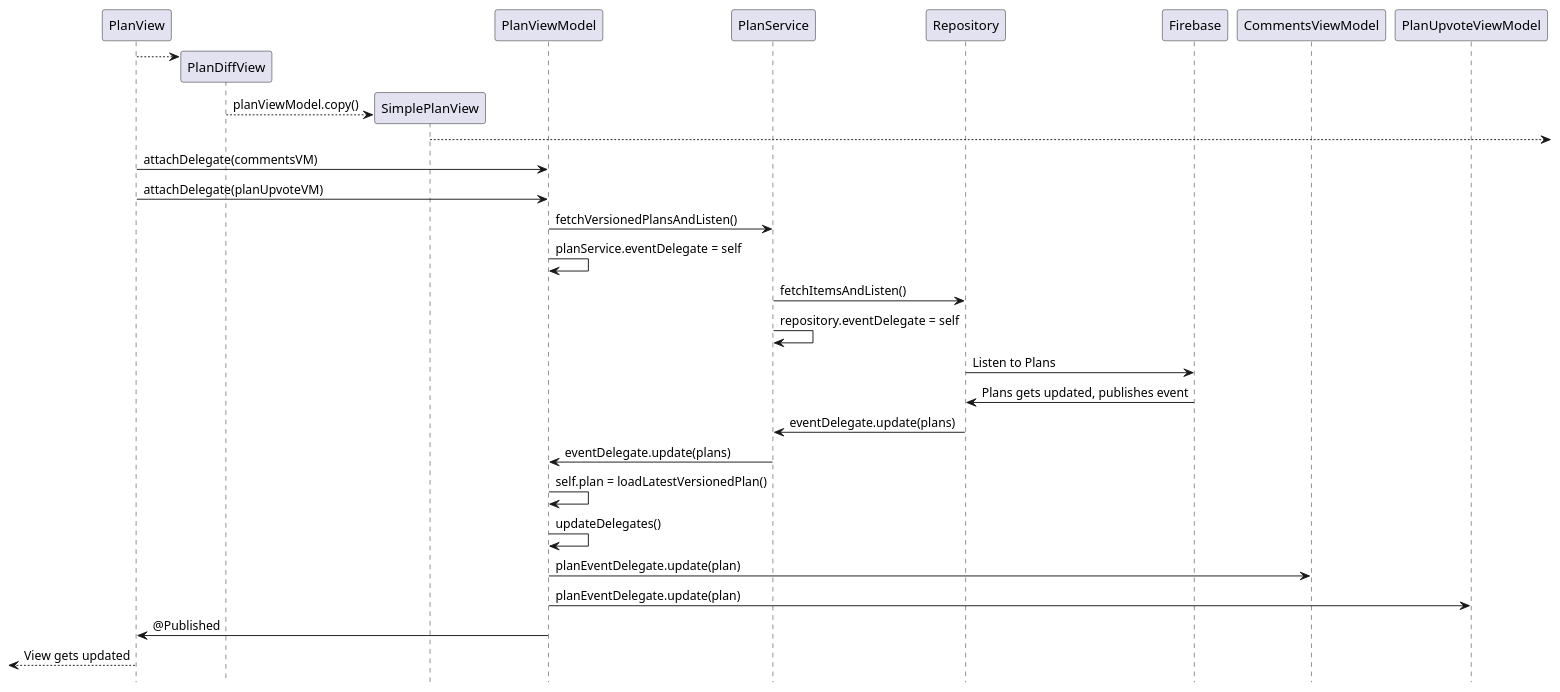
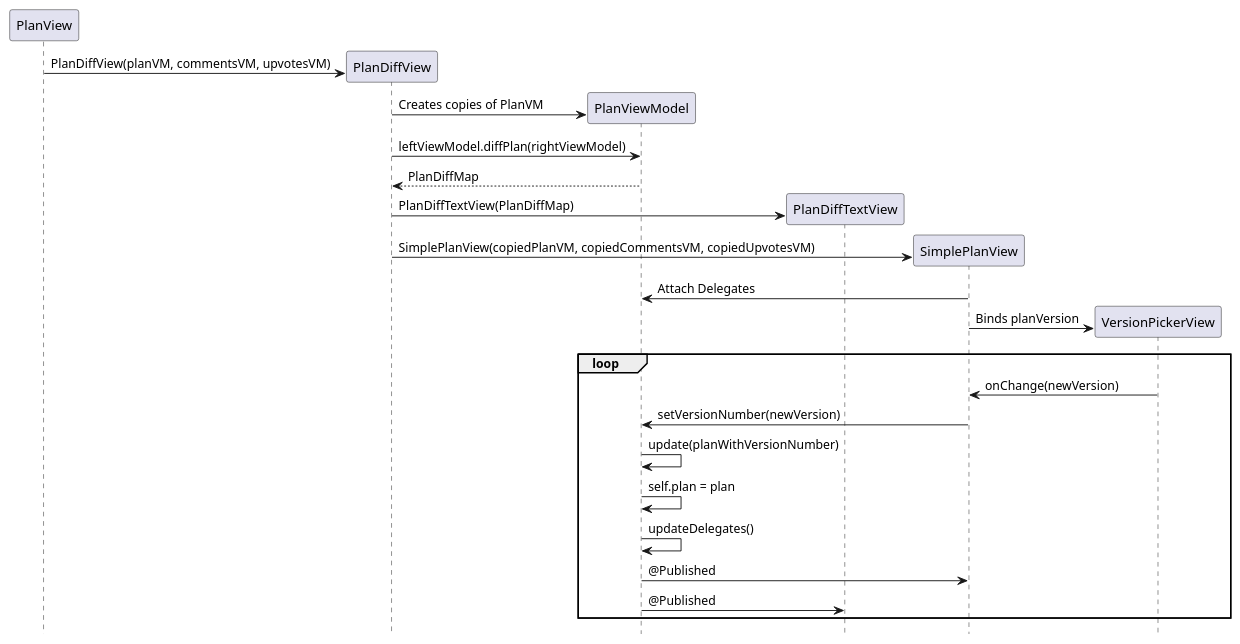
The diagram in docs/diagrams/DiffViewUpdate.puml (keanecjy/TourMate), drawn with PlantUML before and after one commit. The commit also changed 1 other file, not shown here.

Commit message:
update diff view

```diff
--- a/docs/diagrams/DiffViewUpdate.puml
+++ b/docs/diagrams/DiffViewUpdate.puml
@@ -1,47 +1,46 @@
 @startuml
 
 hide footbox
 
 create PlanView
 
 create PlanDiffView
-PlanView --> PlanDiffView
+PlanView -> PlanDiffView: PlanDiffView(planVM, commentsVM, upvotesVM)
+
+create PlanViewModel
+PlanDiffView -> PlanViewModel: Creates copies of PlanVM
+
+PlanDiffView -> PlanViewModel: leftViewModel.diffPlan(rightViewModel)
+
+PlanViewModel --> PlanDiffView: PlanDiffMap
+
+create PlanDiffTextView
+PlanDiffView -> PlanDiffTextView: PlanDiffTextView(PlanDiffMap)
 
 create SimplePlanView
-PlanDiffView --> SimplePlanView: planViewModel.copy()
+PlanDiffView -> SimplePlanView: SimplePlanView(copiedPlanVM, copiedCommentsVM, copiedUpvotesVM)
 
-SimplePlanView -->
+SimplePlanView -> PlanViewModel: Attach Delegates
 
-PlanView -> PlanViewModel: attachDelegate(commentsVM)
-PlanView -> PlanViewModel: attachDelegate(planUpvoteVM)
+create VersionPickerView
+SimplePlanView -> VersionPickerView: Binds planVersion
 
-PlanViewModel -> PlanService : fetchVersionedPlansAndListen()
+loop
+VersionPickerView -> SimplePlanView: onChange(newVersion)
 
-PlanViewModel -> PlanViewModel : planService.eventDelegate = self
+SimplePlanView -> PlanViewModel: setVersionNumber(newVersion)
 
-PlanService -> Repository : fetchItemsAndListen()
+PlanViewModel -> PlanViewModel: update(planWithVersionNumber)
 
-PlanService -> PlanService : repository.eventDelegate = self
+PlanViewModel -> PlanViewModel: self.plan = plan
 
-Repository ->  Firebase: Listen to Plans
+PlanViewModel -> PlanViewModel: updateDelegates()
 
-Firebase -> Repository : Plans gets updated, publishes event
+PlanViewModel -> SimplePlanView : @Published
 
-Repository -> PlanService : eventDelegate.update(plans)
+PlanViewModel -> PlanDiffTextView : @Published
 
-PlanService -> PlanViewModel : eventDelegate.update(plans)
-
-PlanViewModel -> PlanViewModel : self.plan = loadLatestVersionedPlan()
-
-PlanViewModel -> PlanViewModel : updateDelegates()
-
-PlanViewModel -> CommentsViewModel: planEventDelegate.update(plan)
-
-PlanViewModel -> PlanUpvoteViewModel: planEventDelegate.update(plan)
-
-PlanViewModel -> PlanView : @Published
-
-[<--PlanView : View gets updated
+end loop
 
 deactivate PlanView
 @enduml
```
